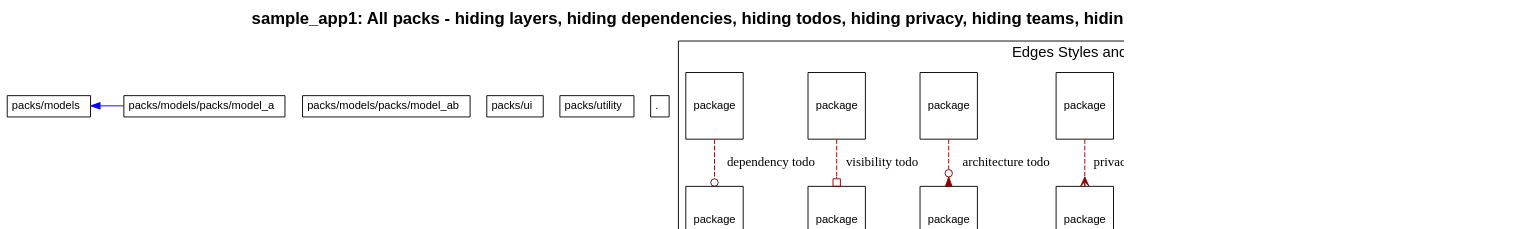
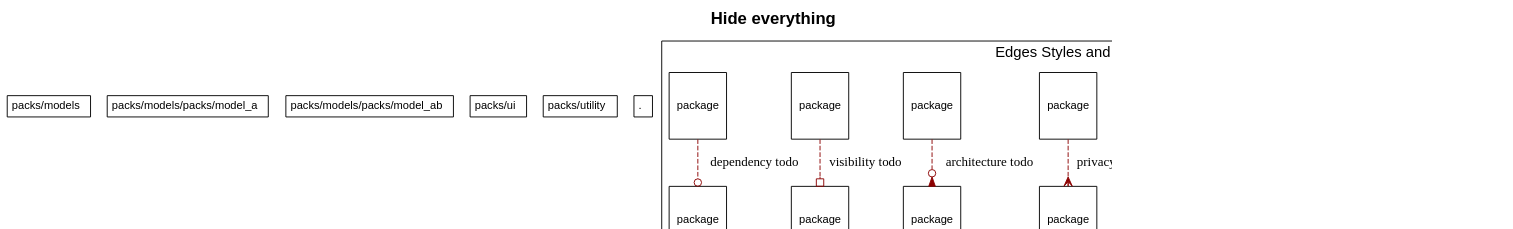
The diagram in spec/sample_app1/test_output/no_to_all.dot (rubyatscale/visualize_packs), drawn with Graphviz before and after one commit. The commit also changed 9 other files, not shown here.

```diff
--- a/spec/sample_app1/test_output/no_to_all.dot
+++ b/spec/sample_app1/test_output/no_to_all.dot
@@ -1,137 +1,136 @@
 digraph package_diagram {
   rankdir=TD
   graph [
     labelloc="t"
     fontname="Helvetica,Arial,sans-serif"
     dpi=100
     layout=dot
-    label=<<b>sample_app1: All packs - hiding layers, hiding dependencies, hiding todos, hiding privacy, hiding teams, hiding nested relationships</b>>
+    label=<<b>Hide everything</b>>
     fontsize=18
   ]
   node [
     fontname="Helvetica,Arial,sans-serif"
     fontsize=26.0
     fontcolor=black
     fillcolor=white
     color=black
     height=1.0
     style=filled
     shape=plain
   ]
     subgraph app {
       shape=box
       color=darkgrey
       fillcolor=lightblue
       style=filled
         cluster=false
         "packs/models" [
             fontsize=12.0
               URL="https://github.com/rubyatscale/visualize_packwerk/tree/main/spec/sample_app/packs/models"
 
             label= <
                 <table border='0' cellborder='1' cellspacing='0' cellpadding='4'>
                   <tr> <td align='left'> packs/models </td> </tr>
                 </table>
               >
           ]
         
         "packs/models/packs/model_a" [
             fontsize=12.0
               URL="https://github.com/rubyatscale/visualize_packwerk/tree/main/spec/sample_app/packs/models/packs/model_a"
 
             label= <
                 <table border='0' cellborder='1' cellspacing='0' cellpadding='4'>
                   <tr> <td align='left'> packs/models/packs/model_a </td> </tr>
                 </table>
               >
           ]
         
         "packs/models/packs/model_ab" [
             fontsize=12.0
               URL="https://github.com/rubyatscale/visualize_packwerk/tree/main/spec/sample_app/packs/models/packs/model_ab"
 
             label= <
                 <table border='0' cellborder='1' cellspacing='0' cellpadding='4'>
                   <tr> <td align='left'> packs/models/packs/model_ab </td> </tr>
                 </table>
               >
           ]
         
         "packs/ui" [
             fontsize=12.0
               URL="https://github.com/rubyatscale/visualize_packwerk/tree/main/spec/sample_app/packs/ui"
 
             label= <
                 <table border='0' cellborder='1' cellspacing='0' cellpadding='4'>
                   <tr> <td align='left'> packs/ui </td> </tr>
                 </table>
               >
           ]
         
     }
     subgraph utilities {
       shape=box
       color=darkgrey
       fillcolor=lightblue
       style=filled
         cluster=false
         "packs/utility" [
             fontsize=12.0
               URL="https://github.com/rubyatscale/visualize_packwerk/tree/main/spec/sample_app/packs/utility"
 
             label= <
                 <table border='0' cellborder='1' cellspacing='0' cellpadding='4'>
                   <tr> <td align='left'> packs/utility </td> </tr>
                 </table>
               >
           ]
         
     }
     subgraph NotInLayer {
       shape=box
       color=darkgrey
       fillcolor=lightblue
       style=filled
         cluster=false
         "." [
             fontsize=12.0
               URL="https://github.com/rubyatscale/visualize_packwerk/tree/main/spec/sample_app/"
 
             label= <
                 <table border='0' cellborder='1' cellspacing='0' cellpadding='4'>
                   <tr> <td align='left'> . </td> </tr>
                 </table>
               >
           ]
         
     }
-        "packs/models/packs/model_a" -> "packs/models" [ color=blue constraint=false ]
     subgraph cluster_legend {
       fontsize=16
       label="Edges Styles and Arrow Heads"
       A [ fontsize=12 shape=box label="package"]
       B [ fontsize=12 shape=box label="package"]
       K [ fontsize=12 shape=box label="package"]
       L [ fontsize=12 shape=box label="package"]
       M [ fontsize=12 shape=box label="package"]
       N [ fontsize=12 shape=box label="package"]
 
       C [ fontsize=12 shape=box label="package"]
       D [ fontsize=12 shape=box label="package"]
       E [ fontsize=12 shape=box label="package"]
       F [ fontsize=12 shape=box label="package"]
       G [ fontsize=12 shape=box label="package"]
       H [ fontsize=12 shape=box label="package"]
       I [ fontsize=12 shape=box label="package"]
       J [ fontsize=12 shape=box label="package"]
 
       A -> B [label="accepted dependency" color=darkgreen]
       K -> L [label="nested package" color=purple]
       M -> N [label="visibile to" color=darkgreen]
 
       C -> D [label="privacy todo" color=darkred style=dashed arrowhead=crow]
       E -> F [label="architecture todo" color=darkred style=dashed arrowhead=invodot]
       G -> H [label="visibility todo" color=darkred style=dashed arrowhead=obox]
       I -> J [label="dependency todo" color=darkred style=dashed arrowhead=odot]
     }
 }
```
